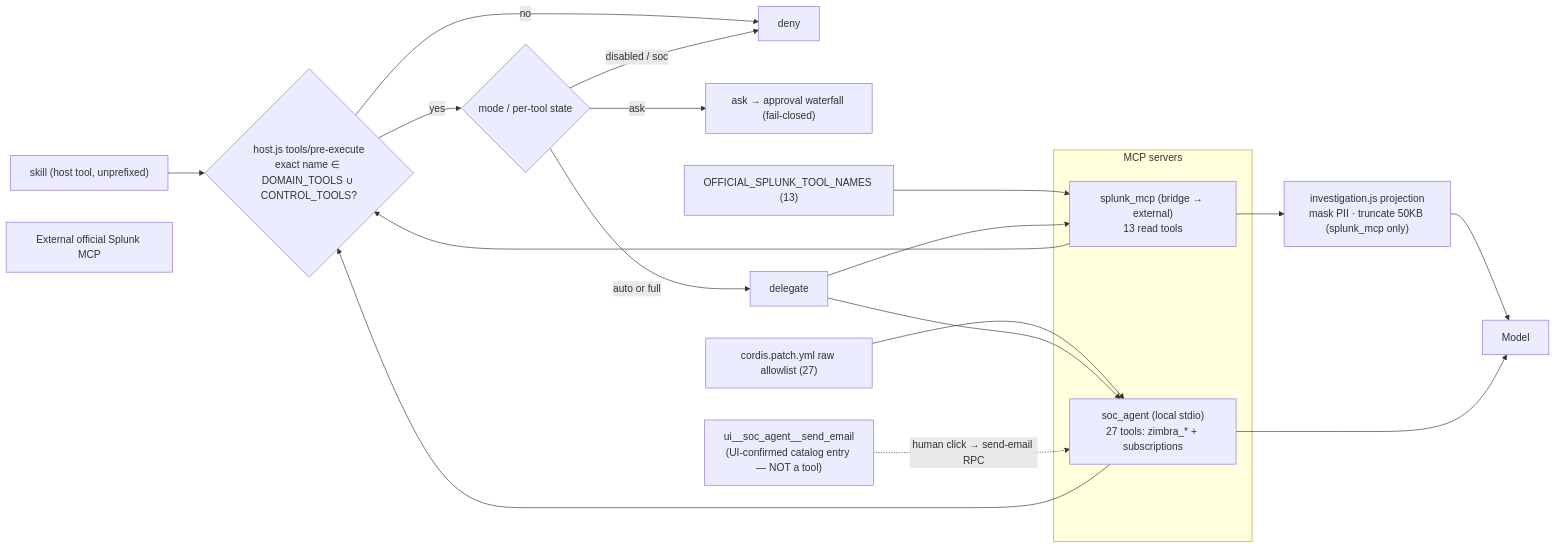
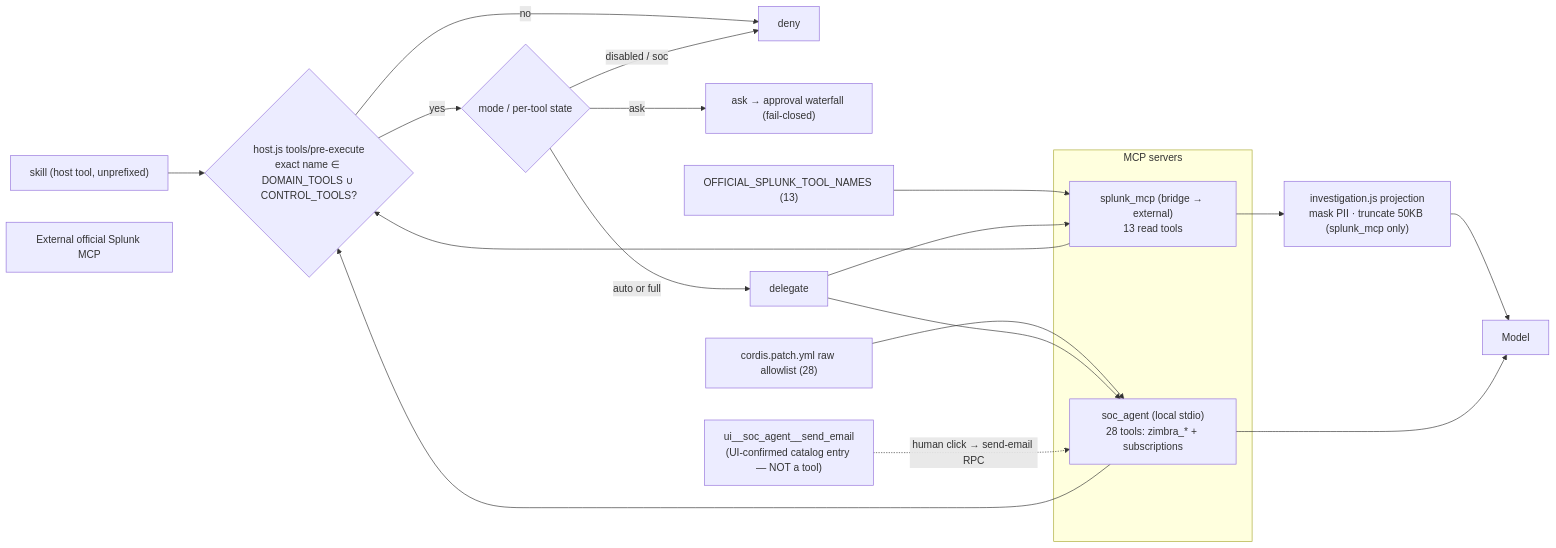
Before and after one commit to Benchan691/CITIC_AGENT: the diagram in docs/diagrams/mcp-routing.mmd, drawn with Mermaid. The commit also changed 74 other files, not shown here.

```diff
--- a/docs/diagrams/mcp-routing.mmd
+++ b/docs/diagrams/mcp-routing.mmd
@@ -1,32 +1,32 @@
 %% MCP routing — names, allowlists, policy, model/UI path (verified against 56c8dd2)
 flowchart LR
     model["Model"]
     gate{"host.js tools/pre-execute<br/>exact name ∈ DOMAIN_TOOLS ∪ CONTROL_TOOLS?"}
     mode{"mode / per-tool state"}
     deny["deny"]
     ask["ask → approval waterfall (fail-closed)"]
     run["delegate"]
 
     subgraph servers["MCP servers"]
-        soca["soc_agent (local stdio)<br/>27 tools: zimbra_* + subscriptions"]
+        soca["soc_agent (local stdio)<br/>28 tools: zimbra_* + subscriptions"]
         splk["splunk_mcp (bridge → external)<br/>13 read tools"]
     end
     ui2["ui__soc_agent__send_email<br/>(UI-confirmed catalog entry — NOT a tool)"]
     skilltool["skill (host tool, unprefixed)"]
     proj["investigation.js projection<br/>mask PII · truncate 50KB (splunk_mcp only)"]
     ext["External official Splunk MCP"]
 
-    raw1["cordis.patch.yml raw allowlist (27)"] --> soca
+    raw1["cordis.patch.yml raw allowlist (28)"] --> soca
     raw2["OFFICIAL_SPLUNK_TOOL_NAMES (13)"] --> splk
     soca --> gate
     splk --> gate
     skilltool --> gate
     gate -->|no| deny
     gate -->|yes| mode
     mode -->|disabled / soc| deny
     mode -->|ask| ask
     mode -->|auto or full| run
     run --> soca
     run --> splk --> proj --> model
     soca --> model
     ui2 -.->|"human click → send-email RPC"| soca
```
